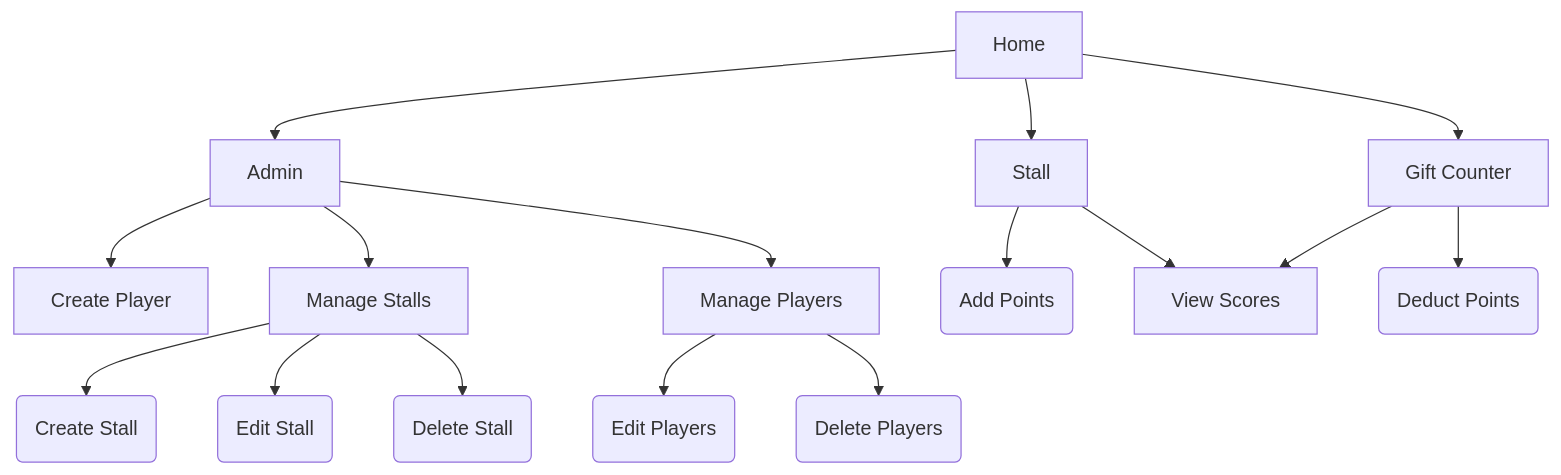
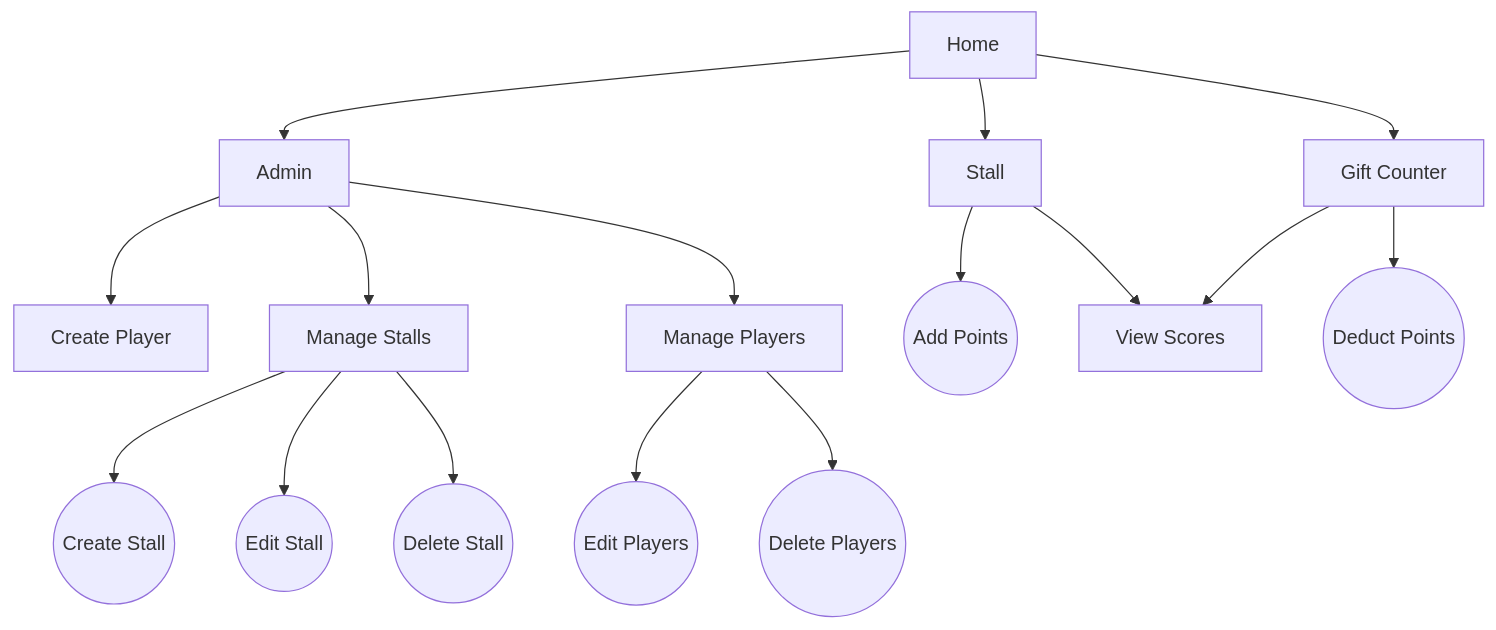
Before and after one commit to PhilipGSanova/Harvest-Fest-WebApp-2025: the diagram in README.md, drawn with Mermaid.

````diff
--- a/README.md
+++ b/README.md
@@ -40,22 +40,22 @@
 ```mermaid
 flowchart TD
   A[Home] --> B[Admin]
   A --> C[Stall]
   A --> D[Gift Counter]
   B --> E[Create Player]
   B --> F[Manage Stalls]
   B --> G[Manage Players]
-  F --> H(Create Stall)
-  F --> I(Edit Stall)
-  F --> J(Delete Stall)
-  G --> K(Edit Players)
-  G --> L(Delete Players)
-  C --> M(Add Points)
+  F --> H((Create Stall))
+  F --> I((Edit Stall))
+  F --> J((Delete Stall))
+  G --> K((Edit Players))
+  G --> L((Delete Players))
+  C --> M((Add Points))
   C --> N[View Scores]
-  D --> O(Deduct Points)
+  D --> O((Deduct Points))
   D --> N
   
   
   
   
 ```
````
